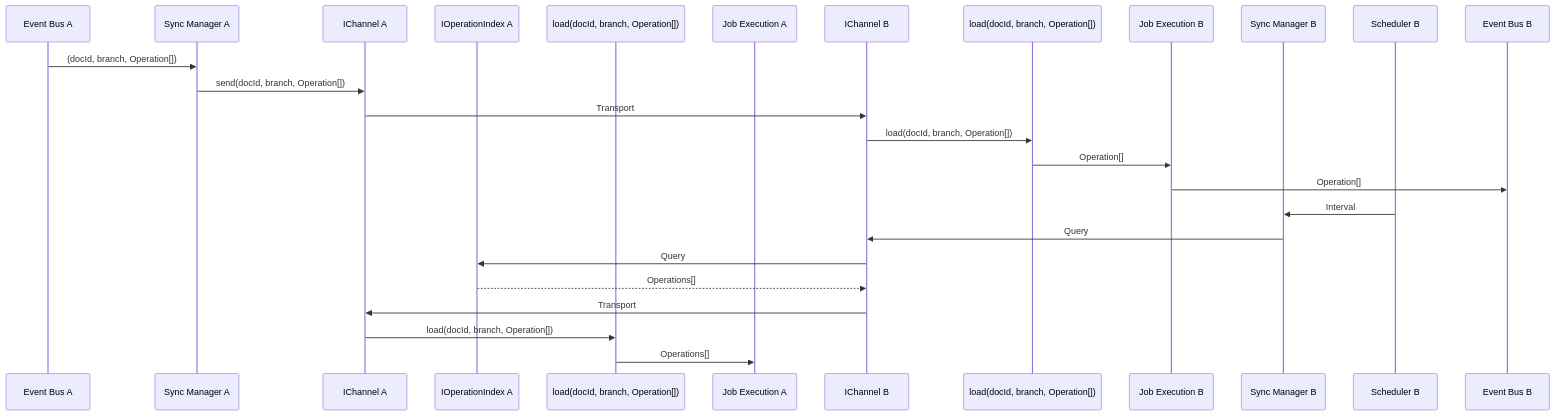
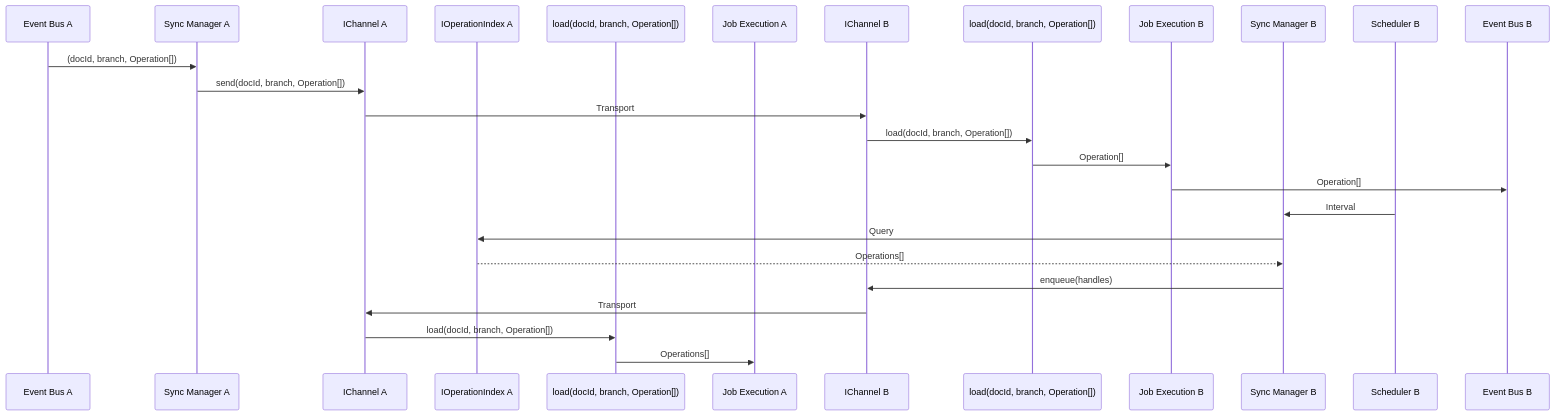
One commit to powerhouse-inc/powerhouse changed the fourth of 4 diagrams in packages/reactor/docs/planning/Synchronization/index.md. Above: the diagram before and after it, drawn with Mermaid. The commit also changed other lines of this file and 2 other files, not shown here.

````diff
--- a/packages/reactor/docs/planning/Synchronization/index.md
+++ b/packages/reactor/docs/planning/Synchronization/index.md
@@ -153,33 +154,33 @@
 ```mermaid
 sequenceDiagram
     participant EBA as Event Bus A
     participant SMA as Sync Manager A
     participant AChannel as IChannel A
     participant AOI as IOperationIndex A
     participant LoadA as load(docId, branch, Operation[])
     participant JEA as Job Execution A
 
     participant BChannel as IChannel B
     participant LoadB as load(docId, branch, Operation[])
     participant JEB as Job Execution B
     participant SMB as Sync Manager B
     participant SchedulerB as Scheduler B
     participant EBB as Event Bus B
 
     %% Reactor A pushes operations
     EBA->>SMA: (docId, branch, Operation[])
     SMA->>AChannel: send(docId, branch, Operation[])
     AChannel->>BChannel: Transport
     BChannel->>LoadB: load(docId, branch, Operation[])
     LoadB->>JEB: Operation[]
     JEB->>EBB: Operation[]
 
     %% Reactor B pulls operations
     SchedulerB->>SMB: Interval
-    SMB->>BChannel: Query
-    BChannel->>AOI: Query
-    AOI-->>BChannel: Operations[]
+    SMB->>AOI: Query
+    AOI-->>SMB: Operations[]
+    SMB->>BChannel: enqueue(handles)
     BChannel->>AChannel: Transport
     AChannel->>LoadA: load(docId, branch, Operation[])
     LoadA->>JEA: Operations[]
 ```
````
